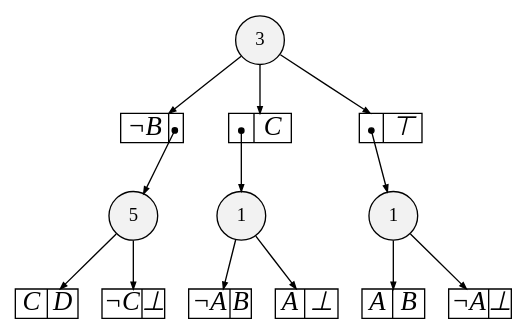
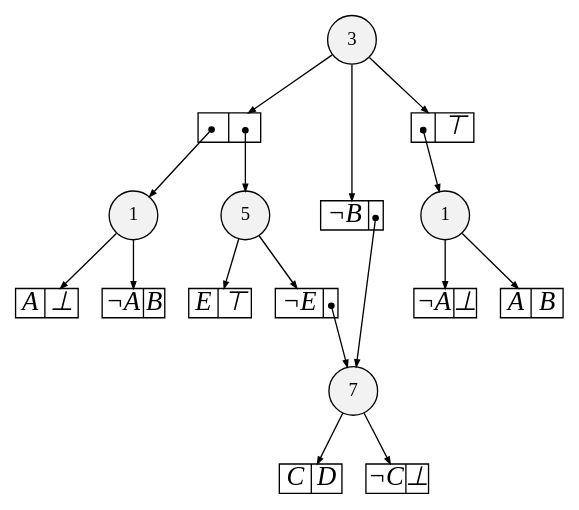
Before and after one commit to 09B21011/FTA-by-SDD: the diagram in output/sdd.dot, drawn with Graphviz. The commit also changed 10 other files, not shown here.

```diff
--- a/output/sdd.dot
+++ b/output/sdd.dot
@@ -1,127 +1,155 @@
 
 digraph sdd {
 
 overlap=false
 
-{rank=same; n16 }
-{rank=same; n17 }
-{rank=same; n11 n14 }
+{rank=same; n18 }
+{rank=same; n19 }
+{rank=same; n20 }
+{rank=same; n16 n13 }
 
-n16 [label= "5",style=filled,fillcolor=gray95,shape=circle,height=.25,width=.25]; 
+n18 [label= "7",style=filled,fillcolor=gray95,shape=circle,height=.25,width=.25]; 
+n18e0
+      [label= "<L>C|<R>D",
+      shape=record,
+      fontsize=20,
+      fontname="Times-Italic",
+      fillcolor=white,
+      style=filled,
+      fixedsize=true,
+      height=.30, 
+      width=.65];
+
+n18->n18e0 [arrowsize=.50];
+n18e1
+      [label= "<L>&not;C|<R>&#8869;",
+      shape=record,
+      fontsize=20,
+      fontname="Times-Italic",
+      fillcolor=white,
+      style=filled,
+      fixedsize=true,
+      height=.30, 
+      width=.65];
+
+n18->n18e1 [arrowsize=.50];
+n19 [label= "5",style=filled,fillcolor=gray95,shape=circle,height=.25,width=.25]; 
+n19e0
+      [label= "<L>&not;E|<R>",
+      shape=record,
+      fontsize=20,
+      fontname="Times-Italic",
+      fillcolor=white,
+      style=filled,
+      fixedsize=true,
+      height=.30, 
+      width=.65];
+
+n19->n19e0 [arrowsize=.50];
+n19e0:R:c->n18 [arrowsize=.50,tailclip=false,arrowtail=dot,dir=both];
+n19e1
+      [label= "<L>E|<R>&#8868;",
+      shape=record,
+      fontsize=20,
+      fontname="Times-Italic",
+      fillcolor=white,
+      style=filled,
+      fixedsize=true,
+      height=.30, 
+      width=.65];
+
+n19->n19e1 [arrowsize=.50];
+n20 [label= "3",style=filled,fillcolor=gray95,shape=circle,height=.25,width=.25]; 
+n20e0
+      [label= "<L>|<R>",
+      shape=record,
+      fontsize=20,
+      fontname="Times-Italic",
+      fillcolor=white,
+      style=filled,
+      fixedsize=true,
+      height=.30, 
+      width=.65];
+
+n20->n20e0 [arrowsize=.50];
+n20e0:L:c->n16 [arrowsize=.50,tailclip=false,arrowtail=dot,dir=both];
+n20e0:R:c->n19 [arrowsize=.50,tailclip=false,arrowtail=dot,dir=both];
+n20e1
+      [label= "<L>&not;B|<R>",
+      shape=record,
+      fontsize=20,
+      fontname="Times-Italic",
+      fillcolor=white,
+      style=filled,
+      fixedsize=true,
+      height=.30, 
+      width=.65];
+
+n20->n20e1 [arrowsize=.50];
+n20e1:R:c->n18 [arrowsize=.50,tailclip=false,arrowtail=dot,dir=both];
+n20e2
+      [label= "<L>|<R>&#8868;",
+      shape=record,
+      fontsize=20,
+      fontname="Times-Italic",
+      fillcolor=white,
+      style=filled,
+      fixedsize=true,
+      height=.30, 
+      width=.65];
+
+n20->n20e2 [arrowsize=.50];
+n20e2:L:c->n13 [arrowsize=.50,tailclip=false,arrowtail=dot,dir=both];
+n16 [label= "1",style=filled,fillcolor=gray95,shape=circle,height=.25,width=.25]; 
 n16e0
-      [label= "<L>C|<R>D",
+      [label= "<L>&not;A|<R>B",
       shape=record,
       fontsize=20,
       fontname="Times-Italic",
       fillcolor=white,
       style=filled,
       fixedsize=true,
       height=.30, 
       width=.65];
 
 n16->n16e0 [arrowsize=.50];
 n16e1
-      [label= "<L>&not;C|<R>&#8869;",
+      [label= "<L>A|<R>&#8869;",
       shape=record,
       fontsize=20,
       fontname="Times-Italic",
       fillcolor=white,
       style=filled,
       fixedsize=true,
       height=.30, 
       width=.65];
 
 n16->n16e1 [arrowsize=.50];
-n17 [label= "3",style=filled,fillcolor=gray95,shape=circle,height=.25,width=.25]; 
-n17e0
-      [label= "<L>&not;B|<R>",
-      shape=record,
-      fontsize=20,
-      fontname="Times-Italic",
-      fillcolor=white,
-      style=filled,
-      fixedsize=true,
-      height=.30, 
-      width=.65];
-
-n17->n17e0 [arrowsize=.50];
-n17e0:R:c->n16 [arrowsize=.50,tailclip=false,arrowtail=dot,dir=both];
-n17e1
-      [label= "<L>|<R>C",
-      shape=record,
-      fontsize=20,
-      fontname="Times-Italic",
-      fillcolor=white,
-      style=filled,
-      fixedsize=true,
-      height=.30, 
-      width=.65];
-
-n17->n17e1 [arrowsize=.50];
-n17e1:L:c->n14 [arrowsize=.50,tailclip=false,arrowtail=dot,dir=both];
-n17e2
-      [label= "<L>|<R>&#8868;",
-      shape=record,
-      fontsize=20,
-      fontname="Times-Italic",
-      fillcolor=white,
-      style=filled,
-      fixedsize=true,
-      height=.30, 
-      width=.65];
-
-n17->n17e2 [arrowsize=.50];
-n17e2:L:c->n11 [arrowsize=.50,tailclip=false,arrowtail=dot,dir=both];
-n11 [label= "1",style=filled,fillcolor=gray95,shape=circle,height=.25,width=.25]; 
-n11e0
+n13 [label= "1",style=filled,fillcolor=gray95,shape=circle,height=.25,width=.25]; 
+n13e0
       [label= "<L>A|<R>B",
       shape=record,
       fontsize=20,
       fontname="Times-Italic",
       fillcolor=white,
       style=filled,
       fixedsize=true,
       height=.30, 
       width=.65];
 
-n11->n11e0 [arrowsize=.50];
-n11e1
+n13->n13e0 [arrowsize=.50];
+n13e1
       [label= "<L>&not;A|<R>&#8869;",
       shape=record,
       fontsize=20,
       fontname="Times-Italic",
       fillcolor=white,
       style=filled,
       fixedsize=true,
       height=.30, 
       width=.65];
 
-n11->n11e1 [arrowsize=.50];
-n14 [label= "1",style=filled,fillcolor=gray95,shape=circle,height=.25,width=.25]; 
-n14e0
-      [label= "<L>&not;A|<R>B",
-      shape=record,
-      fontsize=20,
-      fontname="Times-Italic",
-      fillcolor=white,
-      style=filled,
-      fixedsize=true,
-      height=.30, 
-      width=.65];
-
-n14->n14e0 [arrowsize=.50];
-n14e1
-      [label= "<L>A|<R>&#8869;",
-      shape=record,
-      fontsize=20,
-      fontname="Times-Italic",
-      fillcolor=white,
-      style=filled,
-      fixedsize=true,
-      height=.30, 
-      width=.65];
-
-n14->n14e1 [arrowsize=.50];
+n13->n13e1 [arrowsize=.50];
 
 
 }
```
